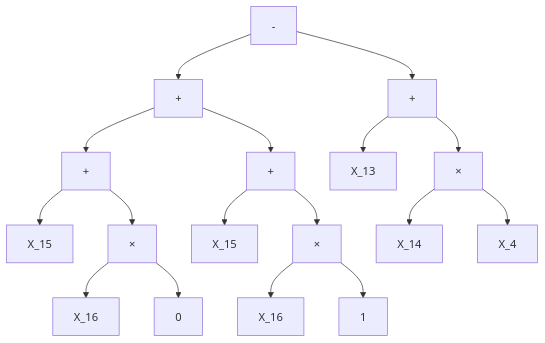
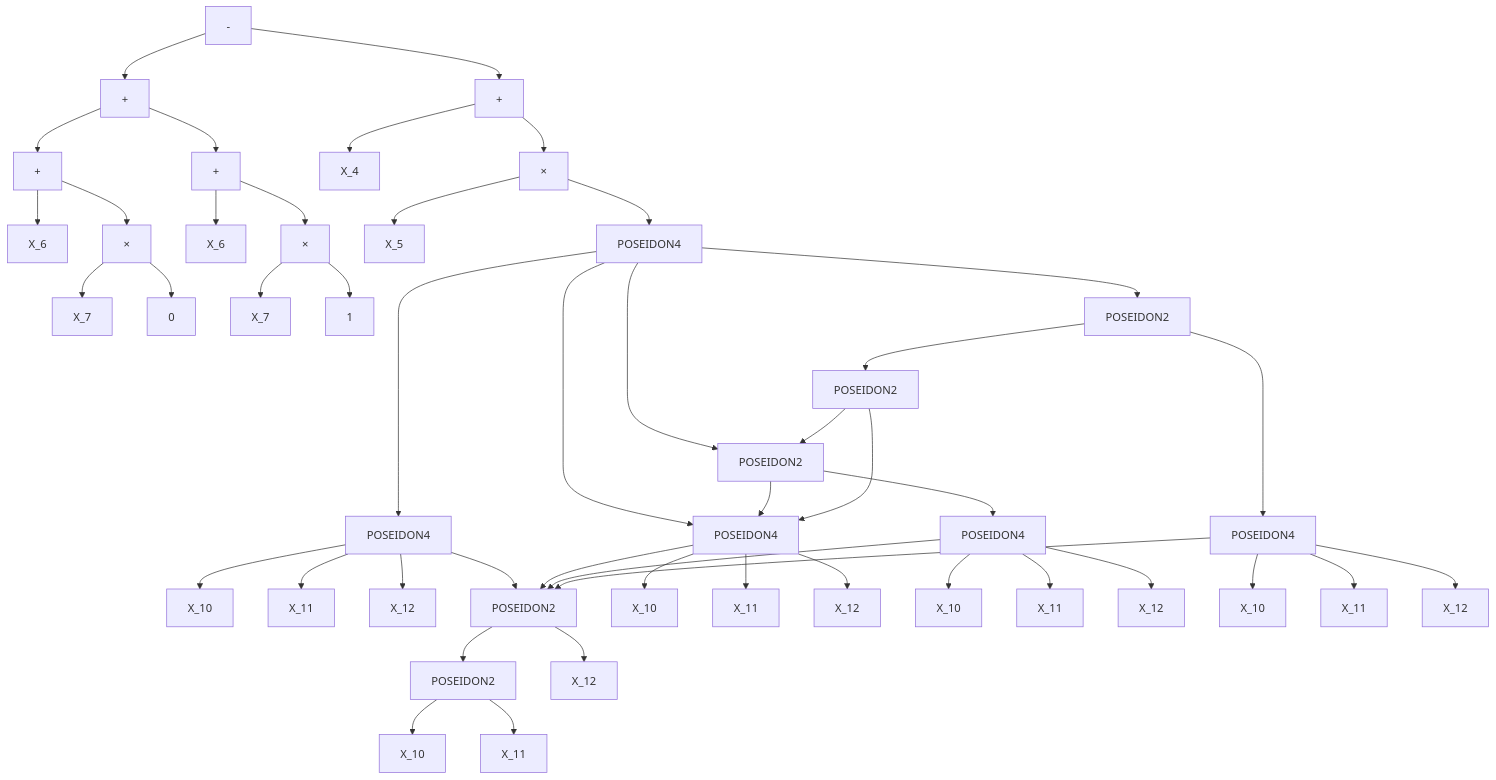
The third of 5 diagrams in gnark-transpiler/go/stage1_circuit.ast.md (defi-wonderland/jolt), drawn with Mermaid before and after one commit. The commit also changed other lines of this file and 11 other files, not shown here.

````diff
--- a/gnark-transpiler/go/stage1_circuit.ast.md
+++ b/gnark-transpiler/go/stage1_circuit.ast.md
@@ -155,32 +152,86 @@
     N73["+"]
     N73 --> N67
     N67["+"]
-    L67_0["X_15"]
+    L67_0["X_6"]
     N67 --> L67_0
     N67 --> N66
     N66["×"]
-    L66_0["X_16"]
+    L66_0["X_7"]
     N66 --> L66_0
     L66_1["0"]
     N66 --> L66_1
     N73 --> N71
     N71["+"]
-    L71_0["X_15"]
+    L71_0["X_6"]
     N71 --> L71_0
     N71 --> N70
     N70["×"]
-    L70_0["X_16"]
+    L70_0["X_7"]
     N70 --> L70_0
     L70_1["1"]
     N70 --> L70_1
     N74 --> N63
     N63["+"]
-    L63_0["X_13"]
+    L63_0["X_4"]
     N63 --> L63_0
     N63 --> N62
     N62["×"]
-    L62_0["X_14"]
+    L62_0["X_5"]
     N62 --> L62_0
-    L62_1["X_4"]
-    N62 --> L62_1
+    N62 --> N44
+    N44["POSEIDON4"]
+    N44 --> N43
+    N43["POSEIDON4"]
+    L43_0["X_10"]
+    N43 --> L43_0
+    L43_1["X_11"]
+    N43 --> L43_1
+    L43_2["X_12"]
+    N43 --> L43_2
+    N43 --> N14
+    N14["POSEIDON2"]
+    N14 --> N13
+    N13["POSEIDON2"]
+    L13_0["X_10"]
+    N13 --> L13_0
+    L13_1["X_11"]
+    N13 --> L13_1
+    L14_1["X_12"]
+    N14 --> L14_1
+    N44 --> N15
+    N15["POSEIDON4"]
+    L15_0["X_10"]
+    N15 --> L15_0
+    L15_1["X_11"]
+    N15 --> L15_1
+    L15_2["X_12"]
+    N15 --> L15_2
+    N15 --> N14
+    N44 --> N17
+    N17["POSEIDON2"]
+    N17 --> N16
+    N16["POSEIDON4"]
+    L16_0["X_10"]
+    N16 --> L16_0
+    L16_1["X_11"]
+    N16 --> L16_1
+    L16_2["X_12"]
+    N16 --> L16_2
+    N16 --> N14
+    N17 --> N15
+    N44 --> N20
+    N20["POSEIDON2"]
+    N20 --> N18
+    N18["POSEIDON4"]
+    L18_0["X_10"]
+    N18 --> L18_0
+    L18_1["X_11"]
+    N18 --> L18_1
+    L18_2["X_12"]
+    N18 --> L18_2
+    N18 --> N14
+    N20 --> N19
+    N19["POSEIDON2"]
+    N19 --> N15
+    N19 --> N17
 ```
````
